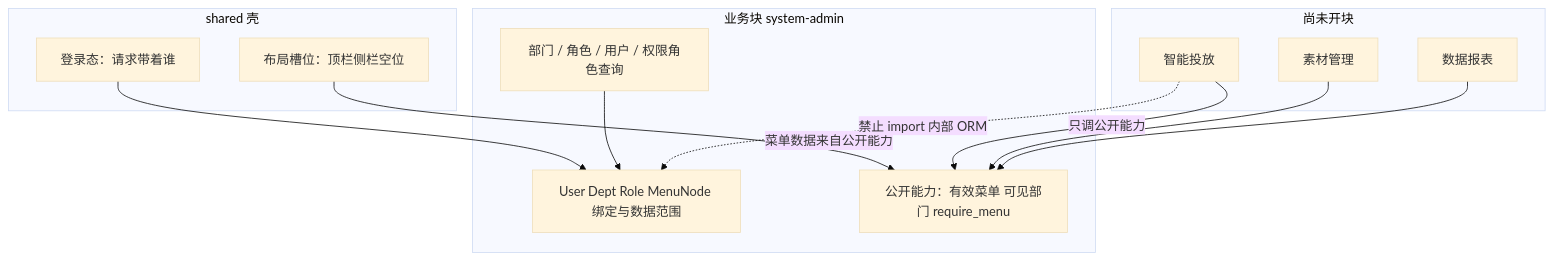
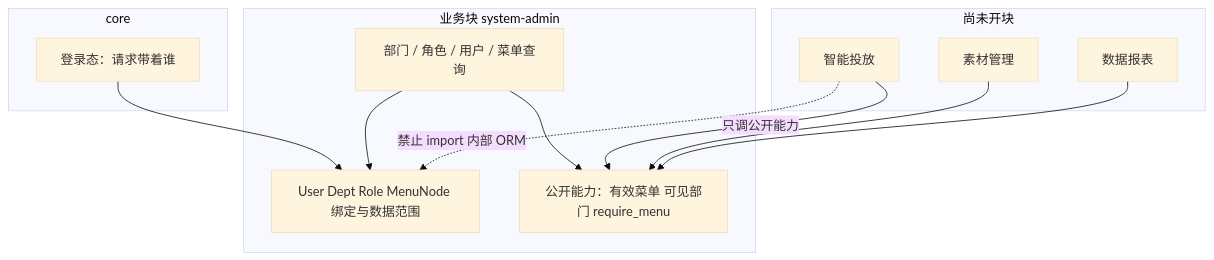
The diagram in Plan/architecture/融合.md (GoldenEagle1527/AdPilot-Backend), drawn with Mermaid (base theme) before and after one commit. The commit also changed other lines of this file and 122 other files, not shown here.

````diff
--- a/Plan/architecture/融合.md
+++ b/Plan/architecture/融合.md
@@ -10,27 +10,26 @@
 ```mermaid
 flowchart TB
-  subgraph shell [shared 壳]
+  subgraph shell [core]
     Login[登录态：请求带着谁]
-    Slot[布局槽位：顶栏侧栏空位]
   end
 
   subgraph sa [业务块 system-admin]
-    Pages[部门 / 角色 / 用户 / 权限角色查询]
+    Apis[部门 / 角色 / 用户 / 菜单查询]
     Domain[User Dept Role MenuNode 绑定与数据范围]
     Pub[公开能力：有效菜单 可见部门 require_menu]
   end
 
   subgraph later [尚未开块]
     Ad[智能投放]
     Mat[素材管理]
     Rpt[数据报表]
   end
 
   Login --> Domain
-  Slot -->|菜单数据来自公开能力| Pub
-  Pages --> Domain
+  Apis --> Domain
+  Apis --> Pub
   Ad -->|只调公开能力| Pub
   Mat --> Pub
   Rpt --> Pub
   Ad -.->|禁止 import 内部 ORM| Domain
 ```
````
